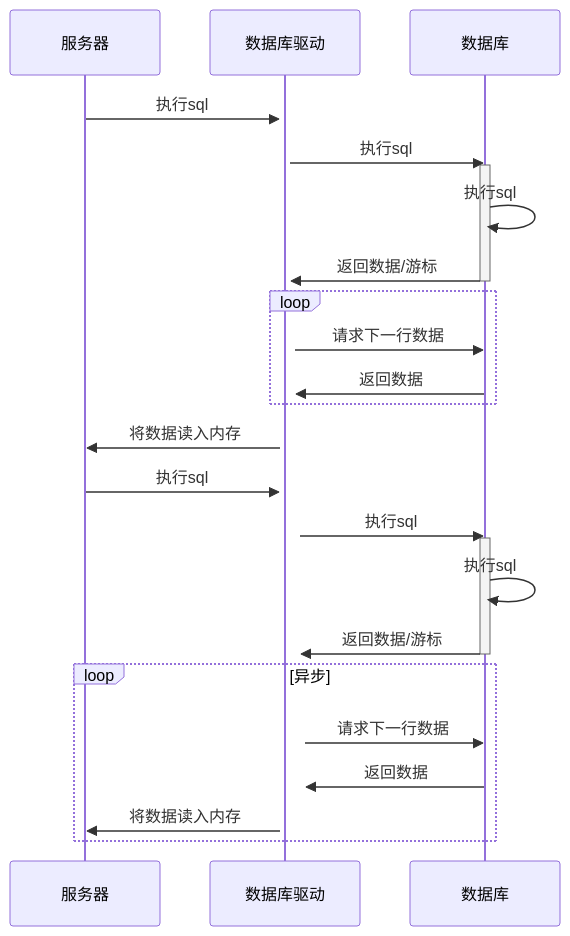
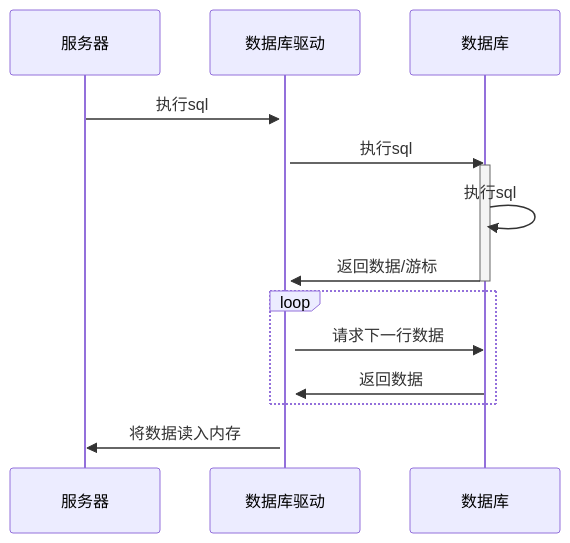
One commit to HY-10-8/iodraw-files changed the diagram in all/AI-服务查询数据.md. Above: the diagram before and after it, drawn with Mermaid.

Commit message:
2025-11-27 18:00:21 update

````diff
--- a/all/AI-服务查询数据.md
+++ b/all/AI-服务查询数据.md
@@ -1,34 +1,19 @@
 ```mermaid
 sequenceDiagram
     
-        服务器->>+数据库驱动: 执行sql
-        数据库驱动->>数据库:执行sql
-
-        activate 数据库
-        数据库->>数据库: 执行sql
-        数据库->>+数据库驱动: 返回数据/游标
-        deactivate 数据库
-
-        loop 
-            数据库驱动->>数据库: 请求下一行数据
-            数据库->>数据库驱动: 返回数据
-        end
-        数据库驱动->>服务器: 将数据读入内存
-
-
-
     服务器->>+数据库驱动: 执行sql
     数据库驱动->>数据库:执行sql
 
     activate 数据库
     数据库->>数据库: 执行sql
     数据库->>+数据库驱动: 返回数据/游标
     deactivate 数据库
 
-    loop 异步
+    loop 
         数据库驱动->>数据库: 请求下一行数据
         数据库->>数据库驱动: 返回数据
-        数据库驱动->>服务器: 将数据读入内存
     end
+    数据库驱动->>服务器: 将数据读入内存
+
 
 ```
````
